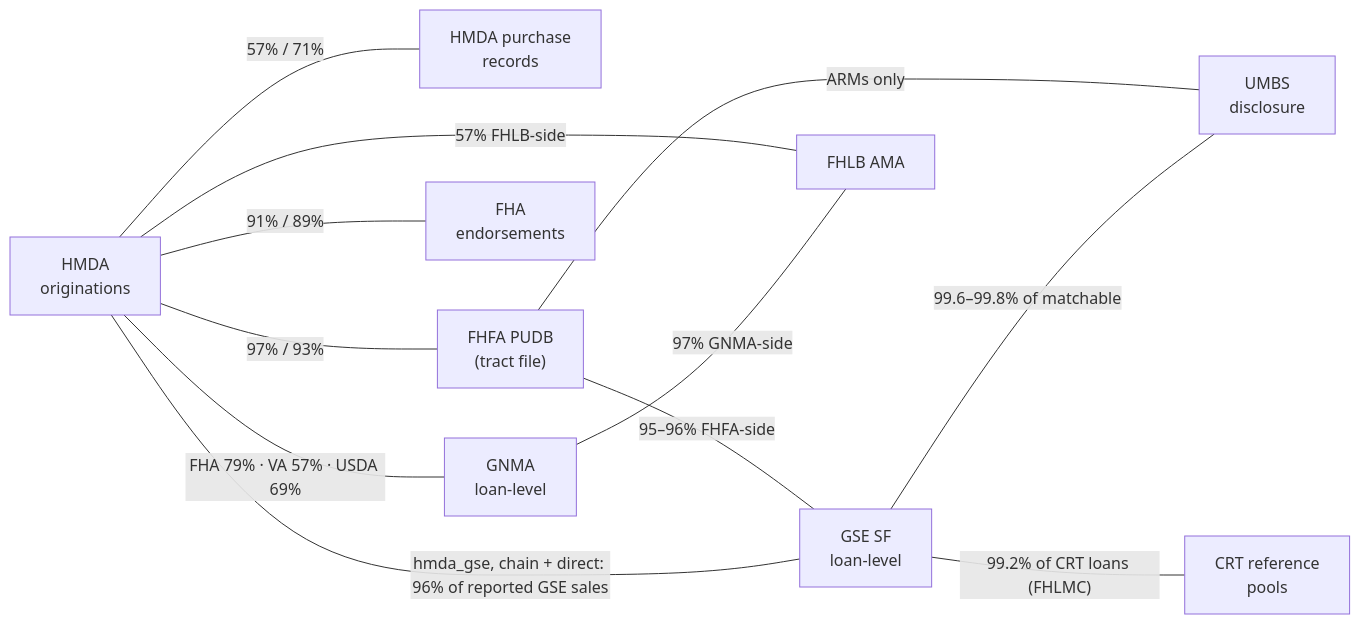
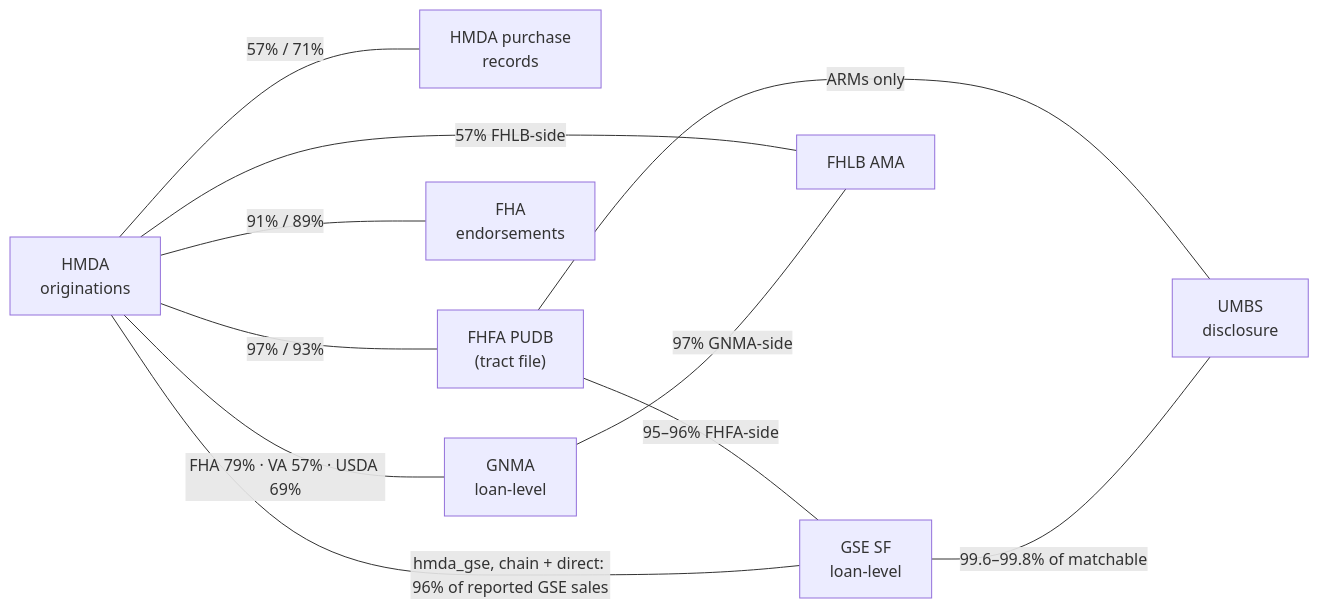
One commit to jebecker94/mortgage_data_manager changed the diagram in docs/matching/README.md. Above: the diagram before and after it, drawn with Mermaid. The commit also changed other lines of this file and 27 other files, not shown here.

Commit message:
Release 0.7.0: CRT reference pools leave the package (2026-11-06)

````diff
--- a/docs/matching/README.md
+++ b/docs/matching/README.md
@@ -21,24 +21,22 @@
 ```mermaid
 flowchart LR
     HMDA_P["HMDA purchase<br/>records"]
     HMDA["HMDA<br/>originations"]
     FHFA["FHFA PUDB<br/>(tract file)"]
     GSE["GSE SF<br/>loan-level"]
     UMBS["UMBS<br/>disclosure"]
-    CRT["CRT reference<br/>pools"]
     FHA["FHA<br/>endorsements"]
     GNMA["GNMA<br/>loan-level"]
     FHLB["FHLB AMA"]
 
     HMDA ---|"57% / 71%"| HMDA_P
     HMDA ---|"97% / 93%"| FHFA
     FHFA ---|"95–96% FHFA-side"| GSE
     FHFA ---|"ARMs only"| UMBS
     GSE ---|"99.6–99.8% of matchable"| UMBS
-    GSE ---|"99.2% of CRT loans (FHLMC)"| CRT
     HMDA ---|"91% / 89%"| FHA
     HMDA ---|"FHA 79% · VA 57% · USDA 69%"| GNMA
     HMDA ---|"hmda_gse, chain + direct: 96% of reported GSE sales"| GSE
     HMDA ---|"57% FHLB-side"| FHLB
     GNMA ---|"97% GNMA-side"| FHLB
 ```
````
